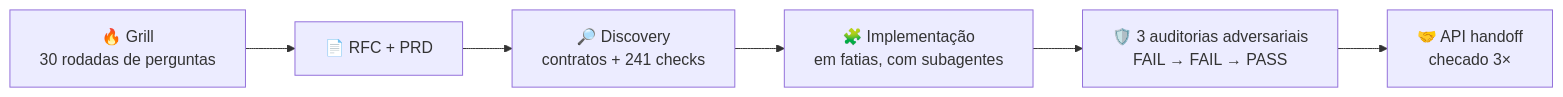
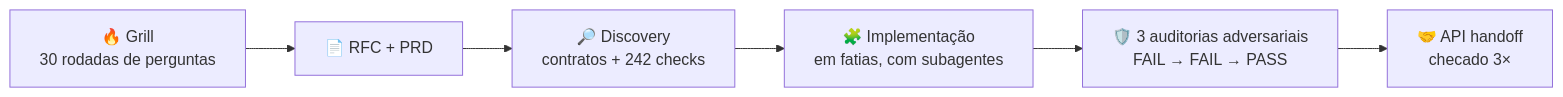
The fifth of 6 diagrams in README.md (micaelcf/parcela-mais-case), drawn with Mermaid before and after one commit. The commit also changed other lines of this file and 4 other files, not shown here.

````diff
--- a/README.md
+++ b/README.md
@@ -169,8 +169,8 @@
 ```mermaid
 flowchart LR
     G["🔥 Grill<br/>30 rodadas de perguntas"] --> D["📄 RFC + PRD"]
-    D --> C["🔎 Discovery<br/>contratos + 241 checks"]
+    D --> C["🔎 Discovery<br/>contratos + 242 checks"]
     C --> S["🧩 Implementação<br/>em fatias, com subagentes"]
     S --> A["🛡️ 3 auditorias adversariais<br/>FAIL → FAIL → PASS"]
     A --> H["🤝 API handoff<br/>checado 3×"]
 ```
````
